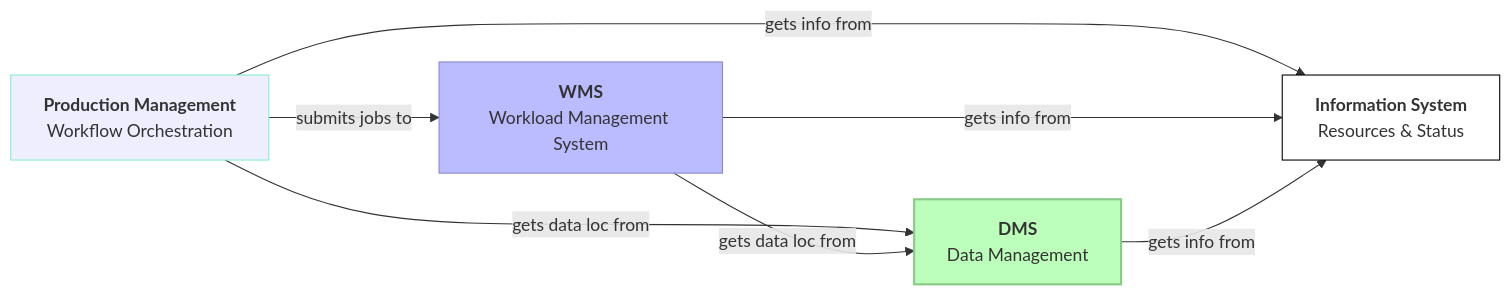
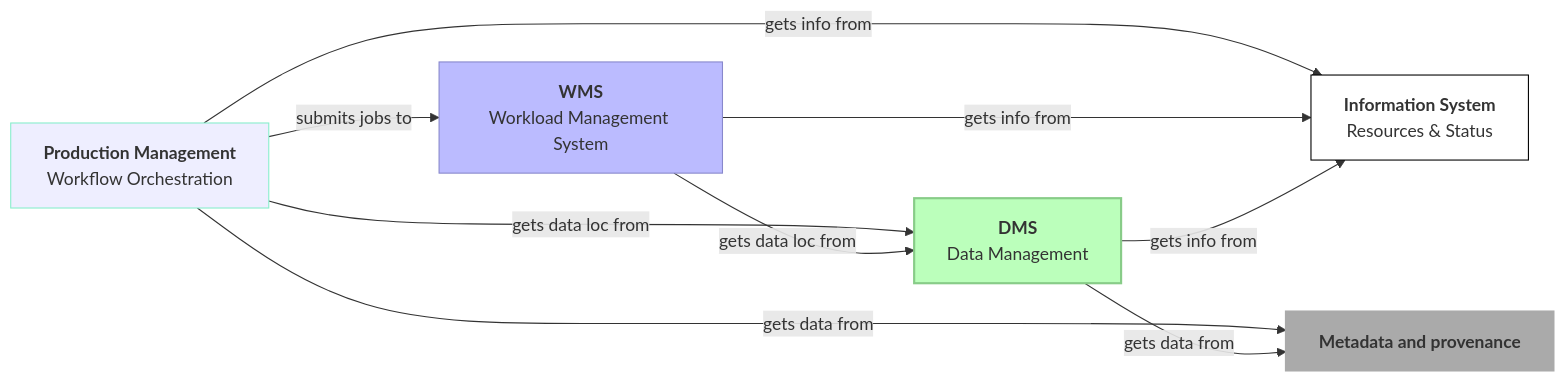
The first of 7 diagrams in slides.md (fstagni/2026_Rucio_Workshop), drawn with Mermaid before and after one commit. The commit also changed other lines of this file and 5 other files, not shown here.

````diff
--- a/slides.md
+++ b/slides.md
@@ -90,24 +98,28 @@
 ```mermaid
 %%{init: { 'theme': 'default' }}%%
 flowchart LR
     WMS["`**WMS**
     Workload Management System`"]
     DMS["`**DMS**
     Data Management`"]
+    MD["`**Metadata and provenance**`"]
     PROD["`**Production Management**
     Workflow Orchestration`"]
     IS["`**Information System**
     Resources & Status`"]
 
     style WMS fill:#bbf,stroke:#88c
     style DMS fill:#bfb,stroke:#8c8,stroke-width:2px
+    style MD fill:#aaa,stroke:#aaa,stroke-width:2px
     style PROD fill:#eef,stroke:#8ec
     style IS fill:#fff,stroke:#000
 
     PROD -->|submits jobs to| WMS
+    PROD -->|gets data from| MD
     PROD -->|gets info from| IS
     WMS -->|gets info from| IS
     DMS -->|gets info from| IS
     PROD -->|gets data loc from| DMS
     WMS -->|gets data loc from| DMS
+    DMS -->|gets data from| MD
 ```
````
